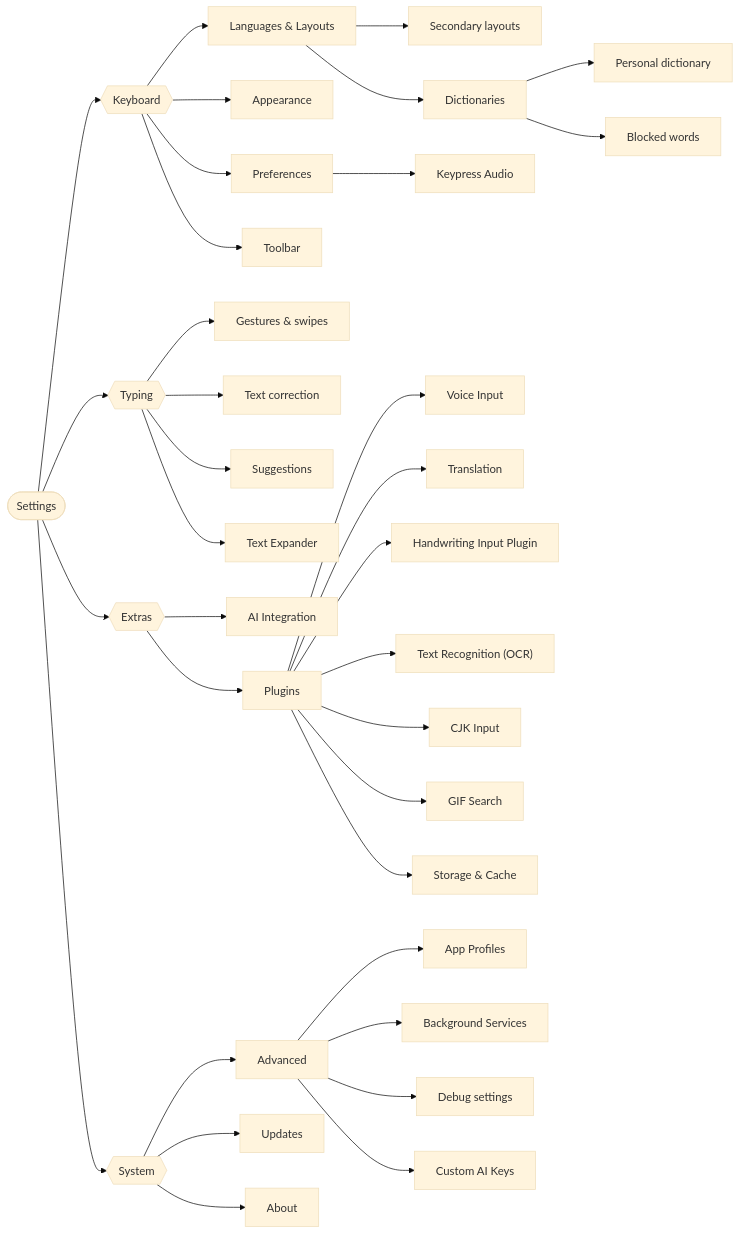
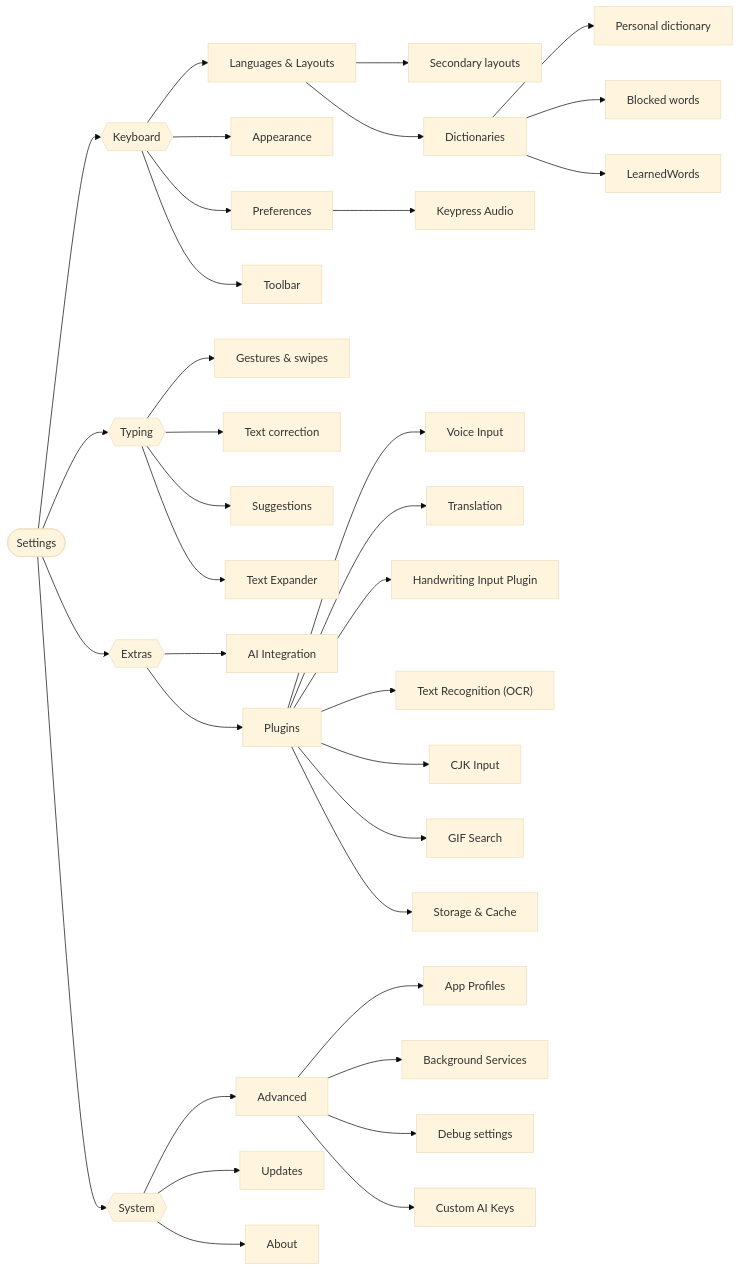
Before and after one commit to LeanBitLab/LeanType: the diagram in docs/FEATURES.md, drawn with Mermaid (base theme). The commit also changed other lines of this file and 44 other files, not shown here.

First line of the commit message:
feat(settings): list and delete learned words (#948)

````diff
--- a/docs/FEATURES.md
+++ b/docs/FEATURES.md
@@ -1197,37 +1198,38 @@
 ```mermaid
 graph LR
   S(["Settings"])
   S --> g0{{"Keyboard"}}
   g0 --> n_Languages["Languages & Layouts"]
   n_Languages --> n_Layouts["Secondary layouts"]
   n_Languages --> n_Dictionaries["Dictionaries"]
   n_Dictionaries --> n_PersonalDictionaries["Personal dictionary"]
   n_Dictionaries --> n_BlockedWords["Blocked words"]
+  n_Dictionaries --> n_LearnedWords["LearnedWords"]
   g0 --> n_Appearance["Appearance"]
   g0 --> n_Preferences["Preferences"]
   n_Preferences --> n_Sound["Keypress Audio"]
   g0 --> n_Toolbar["Toolbar"]
   S --> g1{{"Typing"}}
   g1 --> n_GestureTyping["Gestures & swipes"]
   g1 --> n_TextCorrection["Text correction"]
   g1 --> n_Suggestions["Suggestions"]
   g1 --> n_TextExpander["Text Expander"]
   S --> g2{{"Extras"}}
   g2 --> n_AIIntegration["AI Integration"]
   g2 --> n_Libraries["Plugins"]
   n_Libraries --> n_OfflineVoice["Voice Input"]
   n_Libraries --> n_Translation["Translation"]
   n_Libraries --> n_Handwriting["Handwriting Input Plugin"]
   n_Libraries --> n_OCR["Text Recognition (OCR)"]
   n_Libraries --> n_Cjk["CJK Input"]
   n_Libraries --> n_Gif["GIF Search"]
   n_Libraries --> n_Storage["Storage & Cache"]
   S --> g3{{"System"}}
   g3 --> n_Advanced["Advanced"]
   n_Advanced --> n_AppQuirks["App Profiles"]
   n_Advanced --> n_BackgroundServices["Background Services"]
   n_Advanced --> n_Debug["Debug settings"]
   n_Advanced --> n_CustomAIKeys["Custom AI Keys"]
   g3 --> n_Updates["Updates"]
   g3 --> n_About["About"]
 ```
````
